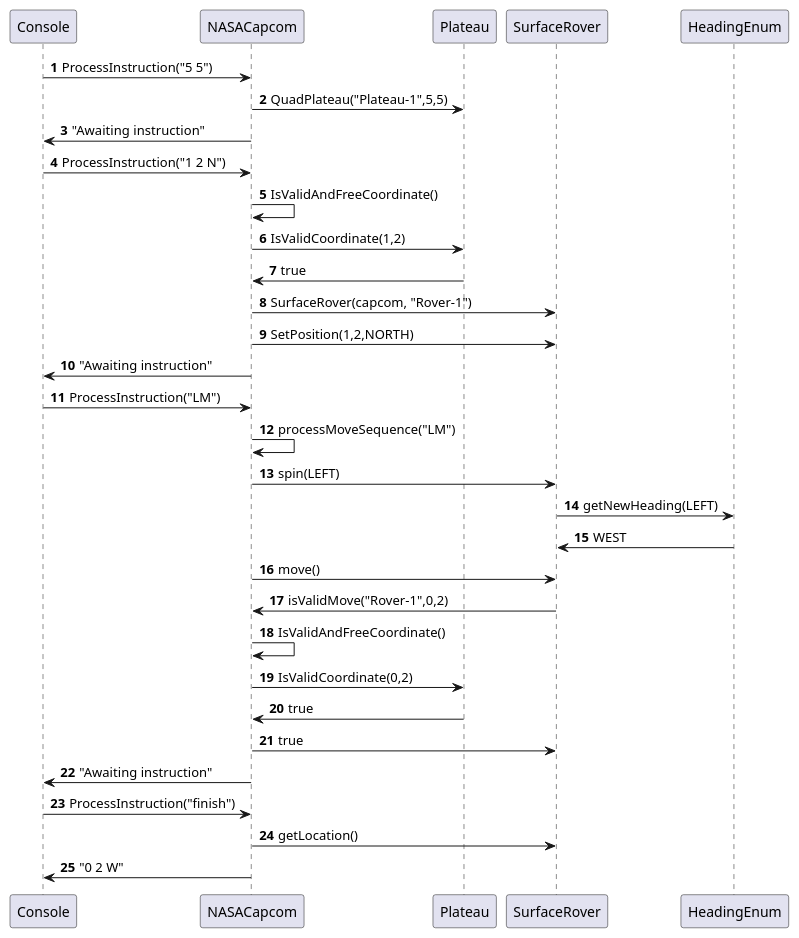
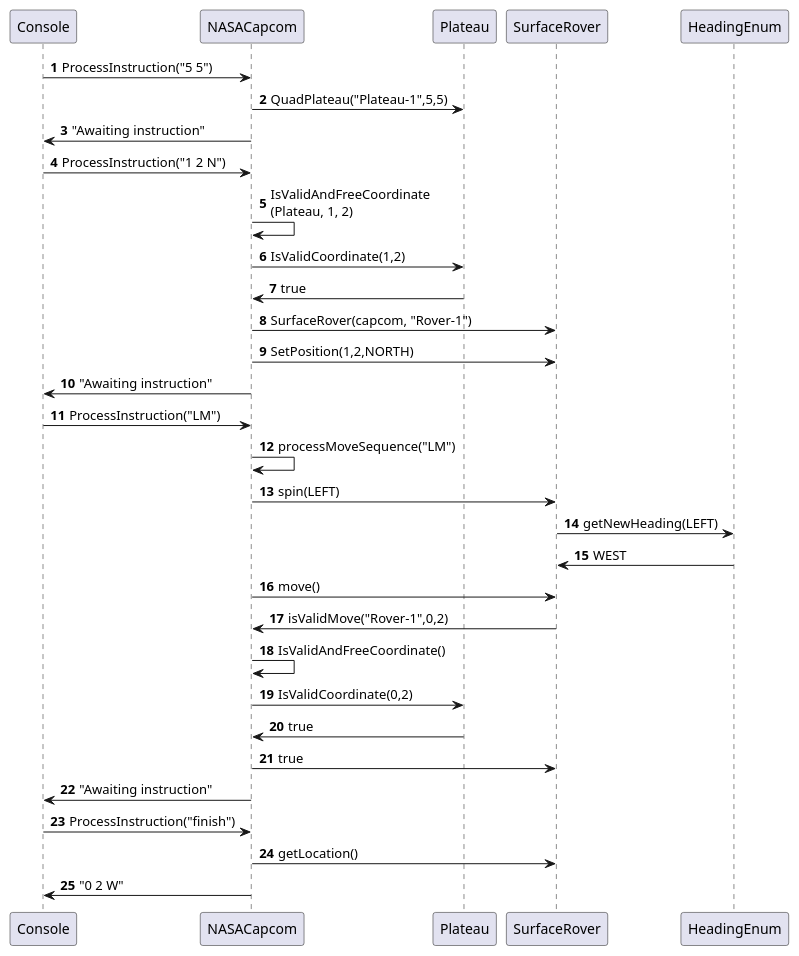
One commit to probert999/mars-rover changed the diagram in uml/MarsRoverSequenceDiagram.puml. Above: the diagram before and after it, drawn with PlantUML. The commit also changed 14 other files, not shown here.

Commit message:
Added ability to switch between plateaus and rovers.  Updated UML

```diff
--- a/uml/MarsRoverSequenceDiagram.puml
+++ b/uml/MarsRoverSequenceDiagram.puml
@@ -1,32 +1,32 @@
 @startuml
 'https://plantuml.com/sequence-diagram
 
 autonumber
 
 Console -> NASACapcom: ProcessInstruction("5 5")
 NASACapcom -> Plateau: QuadPlateau("Plateau-1",5,5)
 NASACapcom -> Console: "Awaiting instruction"
 Console -> NASACapcom: ProcessInstruction("1 2 N")
-NASACapcom -> NASACapcom: IsValidAndFreeCoordinate()
+NASACapcom -> NASACapcom: IsValidAndFreeCoordinate\n(Plateau, 1, 2)
 NASACapcom -> Plateau: IsValidCoordinate(1,2)
 Plateau -> NASACapcom: true
 NASACapcom -> SurfaceRover : SurfaceRover(capcom, "Rover-1")
 NASACapcom -> SurfaceRover : SetPosition(1,2,NORTH)
 NASACapcom -> Console: "Awaiting instruction"
 Console -> NASACapcom: ProcessInstruction("LM")
 NASACapcom -> NASACapcom: processMoveSequence("LM")
 NASACapcom -> SurfaceRover: spin(LEFT)
 SurfaceRover -> HeadingEnum: getNewHeading(LEFT)
 HeadingEnum -> SurfaceRover: WEST
 NASACapcom -> SurfaceRover: move()
 SurfaceRover -> NASACapcom : isValidMove("Rover-1",0,2)
 NASACapcom -> NASACapcom: IsValidAndFreeCoordinate()
 NASACapcom -> Plateau: IsValidCoordinate(0,2)
 Plateau -> NASACapcom: true
 NASACapcom -> SurfaceRover: true
 NASACapcom -> Console: "Awaiting instruction"
 Console -> NASACapcom: ProcessInstruction("finish")
 NASACapcom -> SurfaceRover : getLocation()
 NASACapcom -> Console : "0 2 W"
 
 @enduml
```
